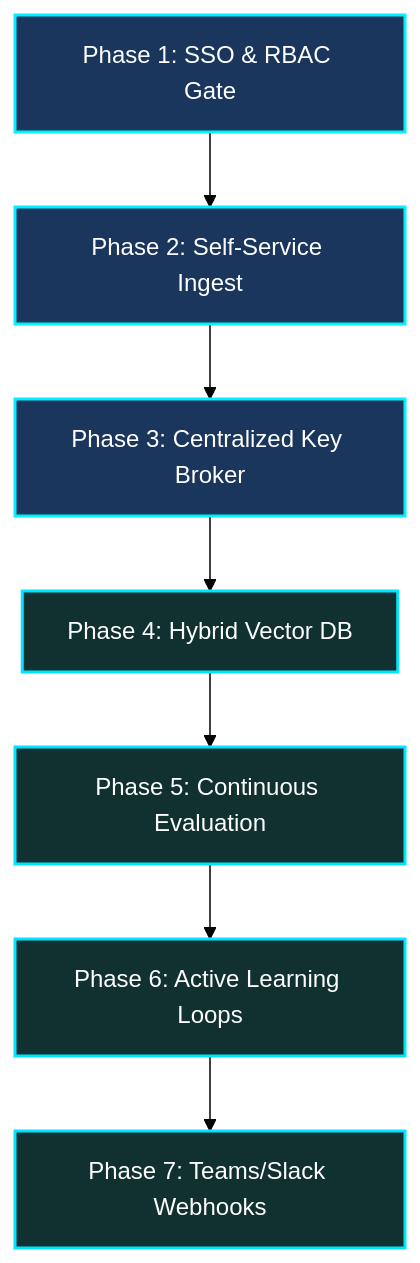
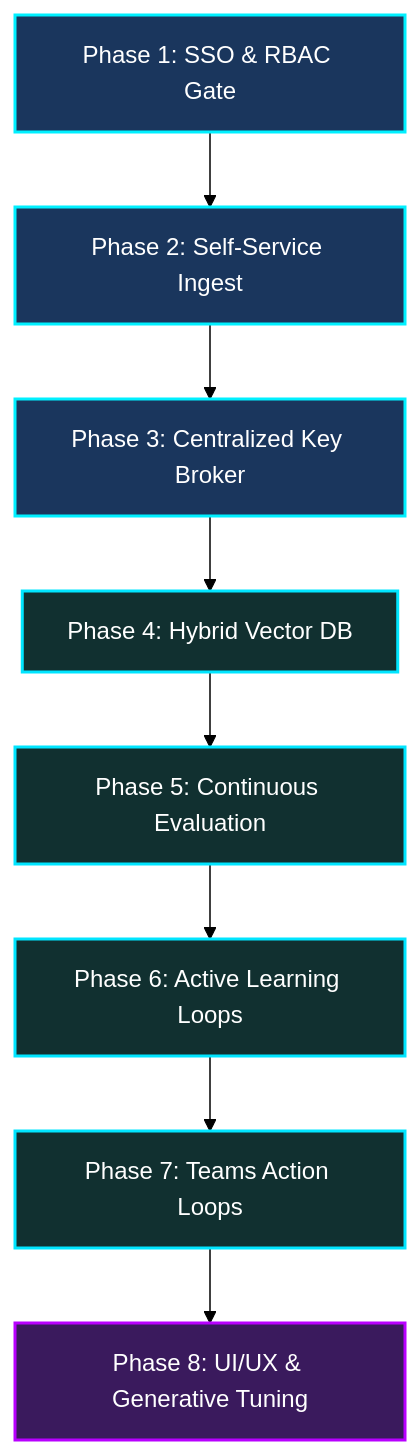
Before and after one commit to ksvarre/AetherGrid-Technologies: the diagram in docs/ROADMAP.md, drawn with Mermaid (forest theme). The commit also changed other lines of this file and 16 other files, not shown here.

````diff
--- a/docs/ROADMAP.md
+++ b/docs/ROADMAP.md
@@ -30,17 +11,19 @@
 ```mermaid
 graph TD
     A[Phase 1: SSO & RBAC Gate] --> B[Phase 2: Self-Service Ingest]
     B --> C[Phase 3: Centralized Key Broker]
     C --> D[Phase 4: Hybrid Vector DB]
     D --> E[Phase 5: Continuous Evaluation]
     E --> F[Phase 6: Active Learning Loops]
-    F --> G[Phase 7: Teams/Slack Webhooks]
+    F --> G[Phase 7: Teams Action Loops]
+    G --> H[Phase 8: UI/UX & Generative Tuning]
 
     style A fill:#1a365d,stroke:#00f0ff,stroke-width:2px,color:#fff
     style B fill:#1a365d,stroke:#00f0ff,stroke-width:2px,color:#fff
     style C fill:#1a365d,stroke:#00f0ff,stroke-width:2px,color:#fff
     style D fill:#113030,stroke:#00e5ff,stroke-width:2px,color:#fff
     style E fill:#113030,stroke:#00e5ff,stroke-width:2px,color:#fff
     style F fill:#113030,stroke:#00e5ff,stroke-width:2px,color:#fff
     style G fill:#113030,stroke:#00e5ff,stroke-width:2px,color:#fff
+    style H fill:#3a1a5d,stroke:#b800ff,stroke-width:2px,color:#fff
 ```
````
